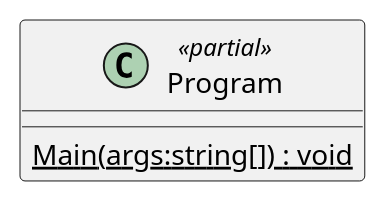
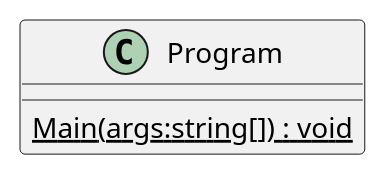
The diagram in Examination System UML/plantuml/Examination System UML/Program.puml (dinaelmasry666/ITI-Examination-System), drawn with PlantUML before and after one commit. The commit also changed 18 other files, not shown here.

Commit message:
fixed some issues and implemented PlantUML class diagram

```diff
--- a/Examination System UML/plantuml/Examination System UML/Program.puml
+++ b/Examination System UML/plantuml/Examination System UML/Program.puml
@@ -1,5 +1,5 @@
 @startuml
-class Program <<partial>> {
+class Program {
     {static} Main(args:string[]) : void
 }
 @enduml
```
